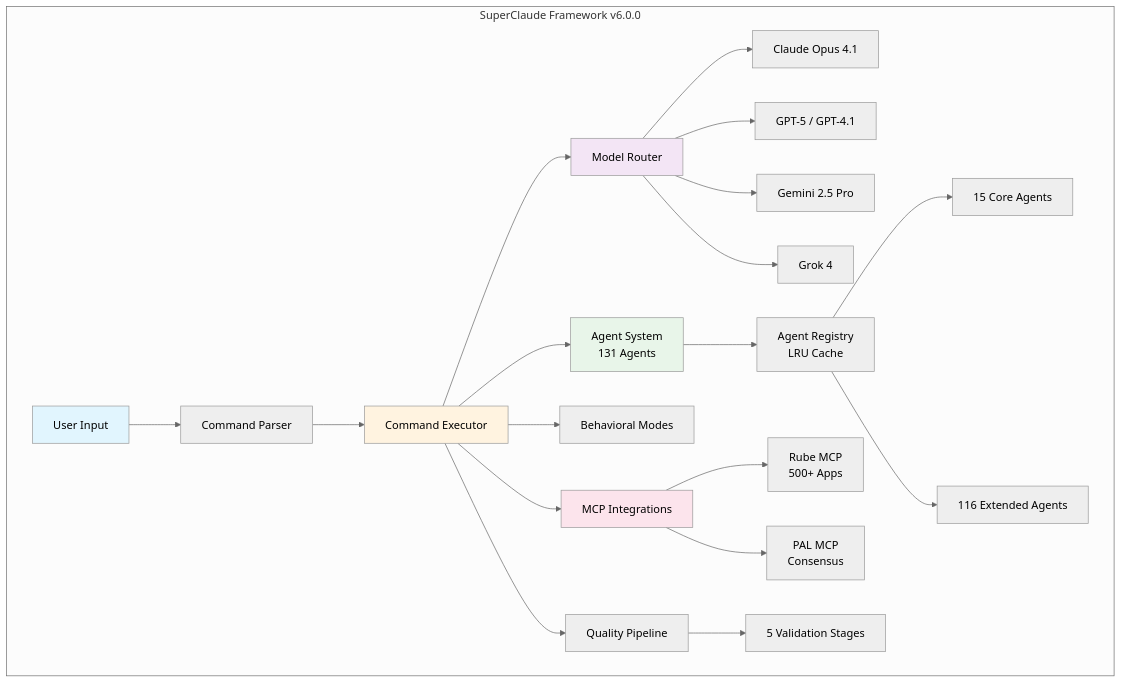
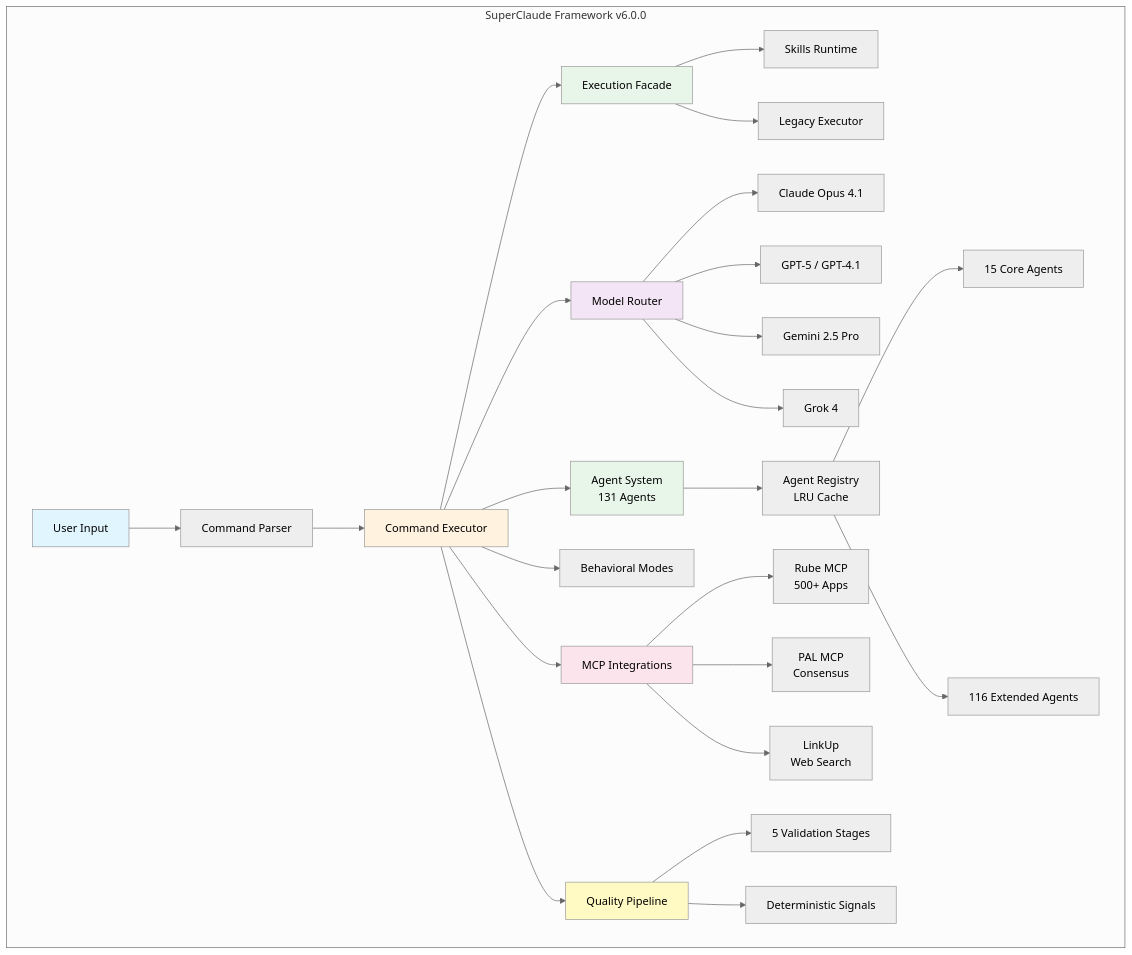
Before and after one commit to Tony363/SuperClaude: the first of 15 diagrams in README.md, drawn with Mermaid (neutral theme). The commit also changed other lines of this file, not shown here.

````diff
--- a/README.md
+++ b/README.md
@@ -48,33 +100,41 @@
 ```mermaid
 graph TB
     subgraph "SuperClaude Framework v6.0.0"
         User[User Input] --> Parser[Command Parser]
         Parser --> Executor[Command Executor]
 
+        Executor --> Facade[Execution Facade]
         Executor --> Router[Model Router]
         Executor --> Agents[Agent System<br/>131 Agents]
         Executor --> Modes[Behavioral Modes]
+
+        Facade --> Skills[Skills Runtime]
+        Facade --> Legacy[Legacy Executor]
 
         Router --> Anthropic[Claude Opus 4.1]
         Router --> OpenAI[GPT-5 / GPT-4.1]
         Router --> Google[Gemini 2.5 Pro]
         Router --> xAI[Grok 4]
 
         Agents --> Registry[Agent Registry<br/>LRU Cache]
         Registry --> CoreAgents[15 Core Agents]
         Registry --> ExtendedAgents[116 Extended Agents]
 
         Executor --> MCP[MCP Integrations]
         MCP --> Rube[Rube MCP<br/>500+ Apps]
         MCP --> PAL[PAL MCP<br/>Consensus]
+        MCP --> LinkUp[LinkUp<br/>Web Search]
 
         Executor --> Quality[Quality Pipeline]
         Quality --> Validation[5 Validation Stages]
+        Quality --> Signals[Deterministic Signals]
     end
 
     style User fill:#e1f5fe
     style Executor fill:#fff3e0
+    style Facade fill:#e8f5e9
     style Router fill:#f3e5f5
     style Agents fill:#e8f5e9
     style MCP fill:#fce4ec
+    style Quality fill:#fff9c4
 ```
````
